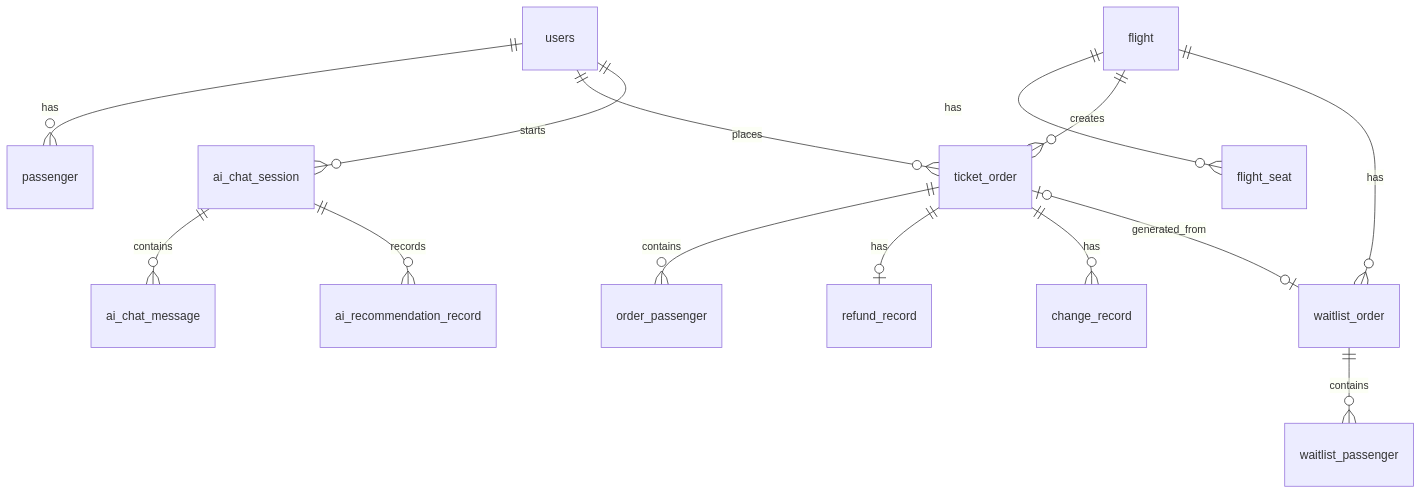
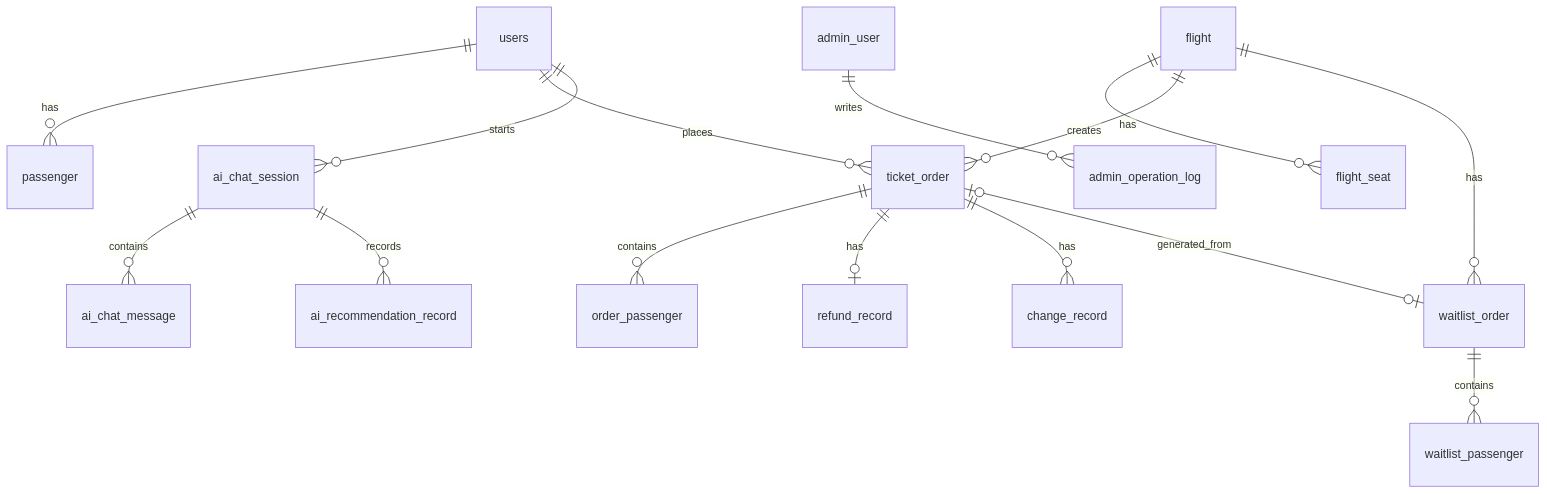
The diagram in docs/06_DATABASE_DESIGN.md (yunluoxincheng/skybooker-flight), drawn with Mermaid before and after one commit. The commit also changed other lines of this file and 37 other files, not shown here.

Commit message:
feat: add admin order user management

````diff
--- a/docs/06_DATABASE_DESIGN.md
+++ b/docs/06_DATABASE_DESIGN.md
@@ -210,16 +238,17 @@
 ```mermaid
 erDiagram
   users ||--o{ passenger : has
   users ||--o{ ticket_order : places
+  admin_user ||--o{ admin_operation_log : writes
   flight ||--o{ flight_seat : has
   flight ||--o{ ticket_order : creates
   ticket_order ||--o{ order_passenger : contains
   ticket_order ||--o| refund_record : has
   ticket_order ||--o{ change_record : has
   flight ||--o{ waitlist_order : has
   ticket_order |o--o| waitlist_order : generated_from
   waitlist_order ||--o{ waitlist_passenger : contains
   users ||--o{ ai_chat_session : starts
   ai_chat_session ||--o{ ai_chat_message : contains
   ai_chat_session ||--o{ ai_recommendation_record : records
 ```
````
